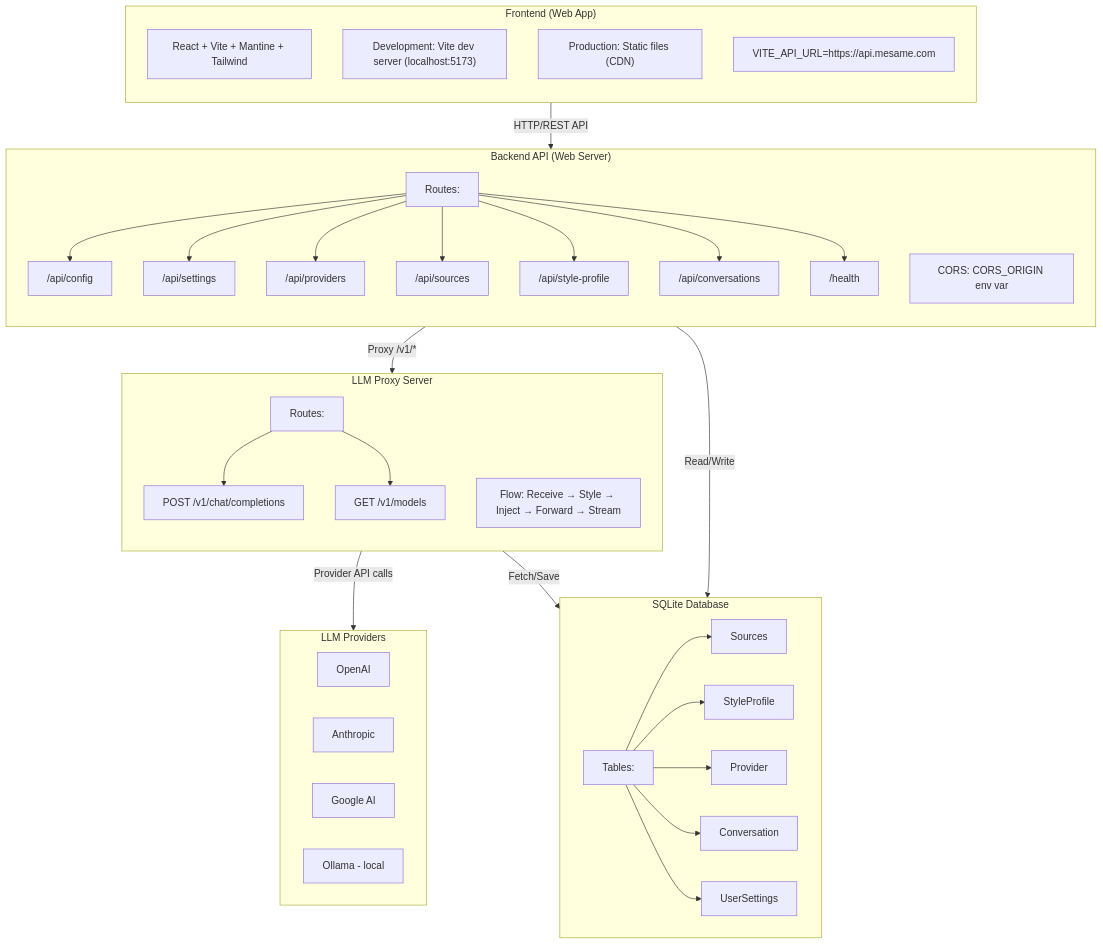
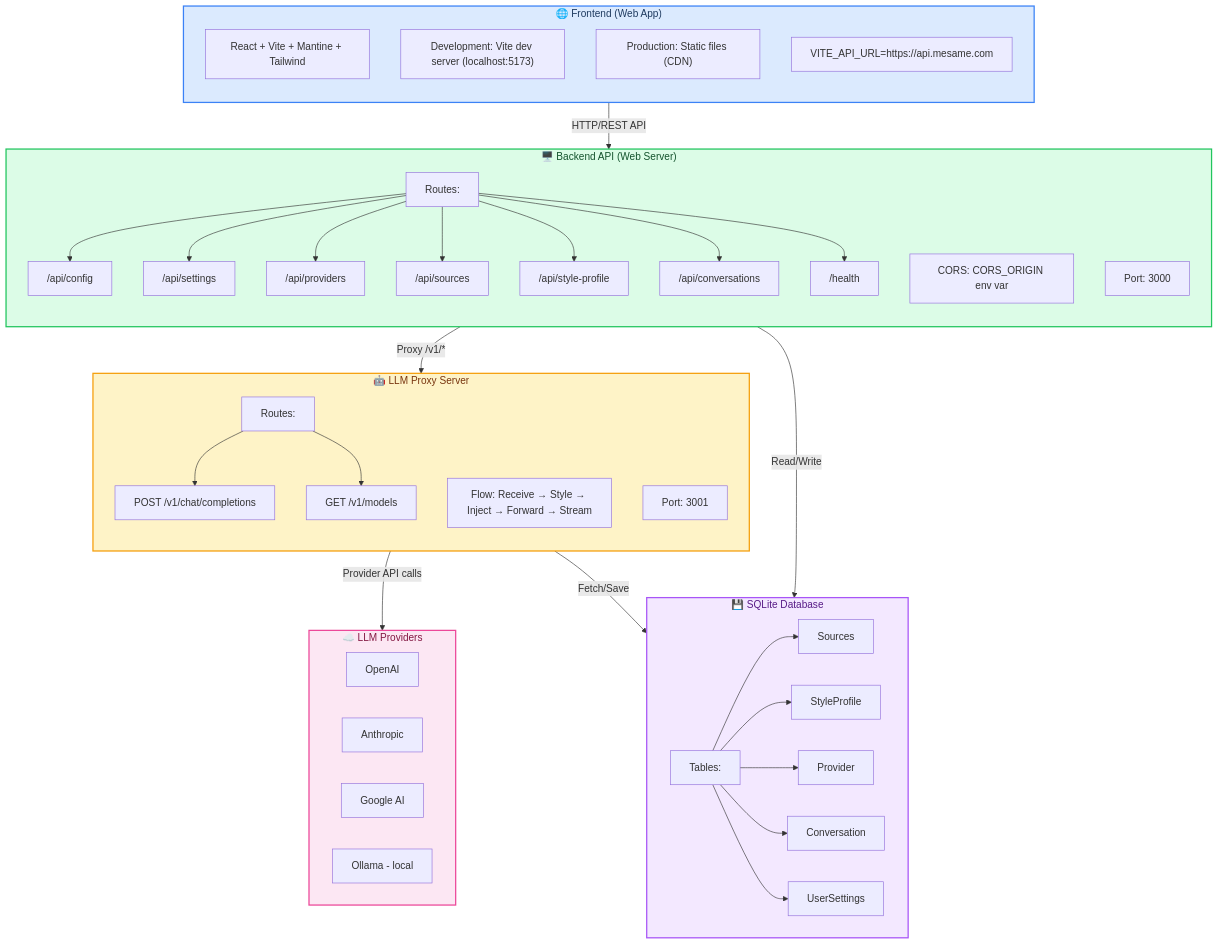
The first of 6 diagrams in docs/guide/architecture.md (openhoat/mesame), drawn with Mermaid before and after one commit. The commit also changed other lines of this file and 2 other files, not shown here.

First line of the commit message:
docs: improve Mermaid diagrams and remove WIP warning

````diff
--- a/docs/guide/architecture.md
+++ b/docs/guide/architecture.md
@@ -7,53 +7,61 @@
 ```mermaid
 flowchart TB
-    subgraph Frontend["Frontend (Web App)"]
+    subgraph Frontend["🌐 Frontend (Web App)"]
         direction TB
         FW["React + Vite + Mantine + Tailwind"]
         FD["Development: Vite dev server (localhost:5173)"]
         FP["Production: Static files (CDN)"]
         FE["VITE_API_URL=https://api.mesame.com"]
     end
 
-    subgraph WebServer["Backend API (Web Server)"]
+    subgraph WebServer["🖥️ Backend API (Web Server)"]
         direction TB
         WR["Routes:"]
         WR --> R1["/api/config"]
         WR --> R2["/api/settings"]
         WR --> R3["/api/providers"]
         WR --> R4["/api/sources"]
         WR --> R5["/api/style-profile"]
         WR --> R6["/api/conversations"]
         WR --> R7["/health"]
         WC["CORS: CORS_ORIGIN env var"]
+        WP["Port: 3000"]
     end
 
-    subgraph LLMProxy["LLM Proxy Server"]
+    subgraph LLMProxy["🤖 LLM Proxy Server"]
         direction TB
         LR["Routes:"]
         LR --> L1["POST /v1/chat/completions"]
         LR --> L2["GET /v1/models"]
         LF["Flow: Receive → Style → Inject → Forward → Stream"]
+        LPort["Port: 3001"]
     end
 
-    subgraph Providers["LLM Providers"]
+    subgraph Providers["☁️ LLM Providers"]
         P1[OpenAI]
         P2[Anthropic]
         P3[Google AI]
         P4[Ollama - local]
     end
 
-    subgraph Database["SQLite Database"]
+    subgraph Database["💾 SQLite Database"]
         DT["Tables:"]
         DT --> T1[Sources]
         DT --> T2[StyleProfile]
         DT --> T3[Provider]
         DT --> T4[Conversation]
         DT --> T5[UserSettings]
     end
 
     Frontend -->|"HTTP/REST API"| WebServer
     WebServer -->|"Proxy /v1/*"| LLMProxy
     LLMProxy -->|"Provider API calls"| Providers
     LLMProxy -->|"Fetch/Save"| Database
     WebServer -->|"Read/Write"| Database
+
+    style Frontend fill:#dbeafe,stroke:#3b82f6,stroke-width:2px,color:#1e3a5f
+    style WebServer fill:#dcfce7,stroke:#22c55e,stroke-width:2px,color:#14532d
+    style LLMProxy fill:#fef3c7,stroke:#f59e0b,stroke-width:2px,color:#78350f
+    style Providers fill:#fce7f3,stroke:#ec4899,stroke-width:2px,color:#831843
+    style Database fill:#f3e8ff,stroke:#a855f7,stroke-width:2px,color:#581c87
 ```
````
